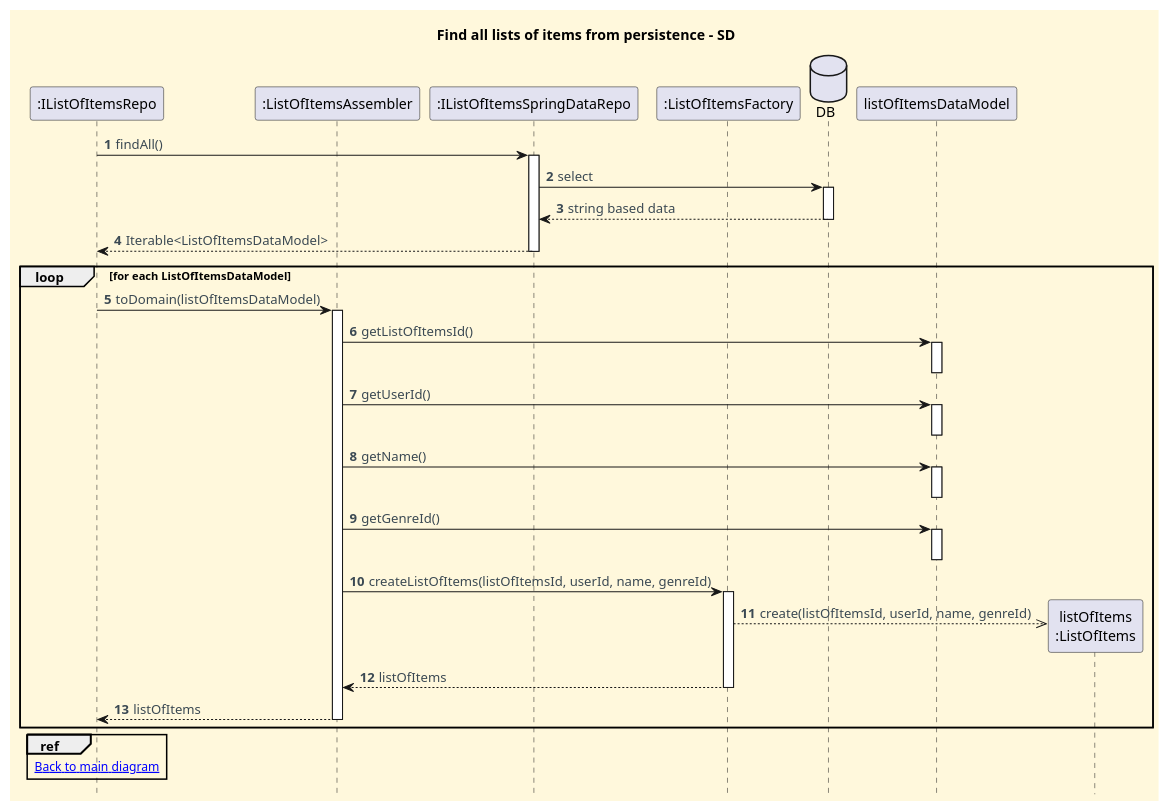
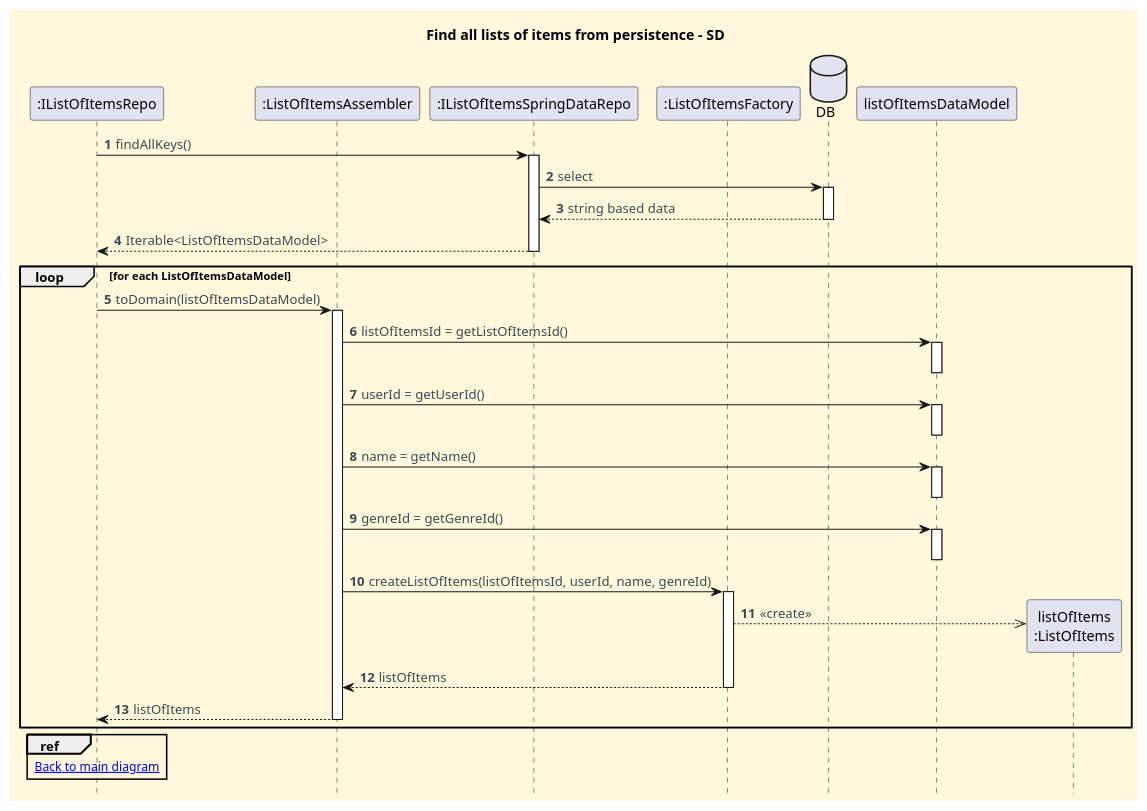
One commit to CarolinaLeite-collab/JavaMarketplacePlatform changed the diagram in docs/functionalities/user/get-list-of-given-genres/sd-ref-diagrams/Find_All_Lists_By_Genre.puml. Above: the diagram before and after it, drawn with PlantUML. The commit also changed 3 other files, not shown here.

Commit message:
docs: update SD and ref diagrams based on VivianSandlerISEP code review - refs #426

```diff
--- a/docs/functionalities/user/get-list-of-given-genres/sd-ref-diagrams/Find_All_Lists_By_Genre.puml
+++ b/docs/functionalities/user/get-list-of-given-genres/sd-ref-diagrams/Find_All_Lists_By_Genre.puml
@@ -1,72 +1,72 @@
 @startuml
 title Find all lists of items from persistence - SD
 hidefootbox
 
 skinparam monochrome false
 skinparam shadowing false
 skinparam defaultFontName Futura
 skinparam objectFontSize 20
 skinparam backgroundColor CornSilk
 skinparam objectBackgroundColor WhiteSmoke
 skinparam noteBackgroundColor #FFFFE0
 skinparam ArrowFontColor #3B4953
 skinparam ActivationBackgroundColor black
 
 autonumber
 autoactivate off
 
 participant ":IListOfItemsRepo" as REPO
 participant ":ListOfItemsAssembler" as ASM
 participant ":IListOfItemsSpringDataRepo" as JPA
 participant ":ListOfItemsFactory" as FACTORY
 
-REPO -> JPA: findAll()
+REPO -> JPA: findAllKeys()
 activate JPA
 
 database "DB" as DB
 JPA -> DB: select
 activate DB
 DB --> JPA: string based data
 deactivate DB
 
 JPA --> REPO: Iterable<ListOfItemsDataModel>
 deactivate JPA
 
 loop for each ListOfItemsDataModel
 
     REPO -> ASM: toDomain(listOfItemsDataModel)
     activate ASM
 
-    ASM -> listOfItemsDataModel: getListOfItemsId()
+    ASM -> listOfItemsDataModel: listOfItemsId = getListOfItemsId()
     activate listOfItemsDataModel
     deactivate listOfItemsDataModel
 
-    ASM -> listOfItemsDataModel: getUserId()
+    ASM -> listOfItemsDataModel: userId = getUserId()
     activate listOfItemsDataModel
     deactivate listOfItemsDataModel
 
-    ASM -> listOfItemsDataModel: getName()
+    ASM -> listOfItemsDataModel: name = getName()
     activate listOfItemsDataModel
     deactivate listOfItemsDataModel
 
-    ASM -> listOfItemsDataModel: getGenreId()
+    ASM -> listOfItemsDataModel: genreId = getGenreId()
     activate listOfItemsDataModel
     deactivate listOfItemsDataModel
 
     ASM -> FACTORY: createListOfItems(listOfItemsId, userId, name, genreId)
     activate FACTORY
     create "listOfItems\n:ListOfItems"
-    FACTORY -->> "listOfItems\n:ListOfItems": create(listOfItemsId, userId, name, genreId)
+    FACTORY -->> "listOfItems\n:ListOfItems": <<create>>
     FACTORY --> ASM: listOfItems
     deactivate FACTORY
 
     ASM --> REPO: listOfItems
     deactivate ASM
 
 end
 
 ref over REPO
 [[../Get_A_List_Given_Genres_SD.puml Back to main diagram]]
 end ref
 
 @enduml
```
